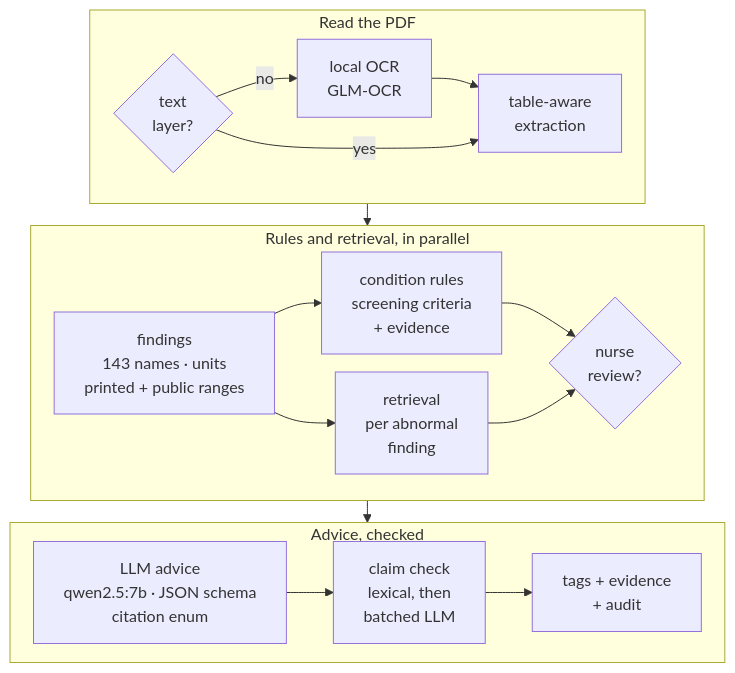
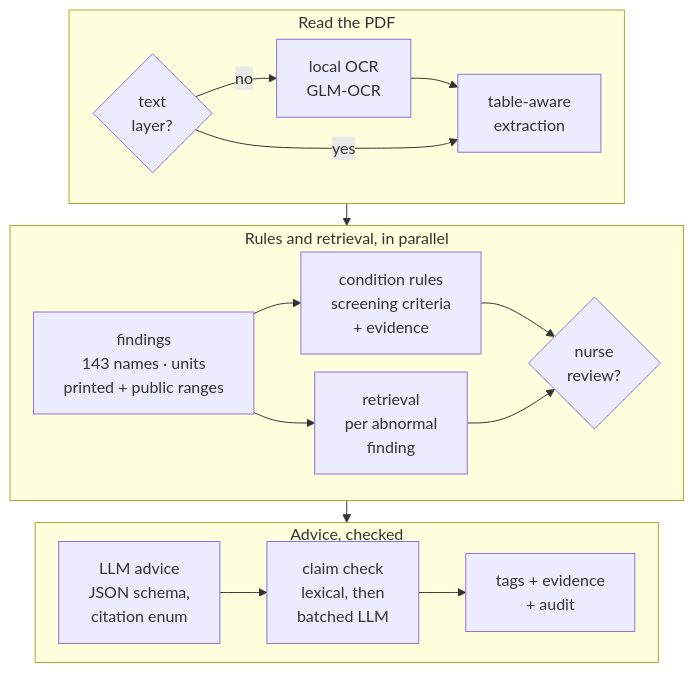
The second of 2 diagrams in README.md (Washyu0826/health-report-reader), drawn with Mermaid before and after one commit. The commit also changed other lines of this file and 1 other file, not shown here.

Commit message:
README: narrower LLM node so it clears the GitHub mermaid controls; note the models used

````diff
--- a/README.md
+++ b/README.md
@@ -117,19 +117,19 @@
 ```mermaid
 %%{init: {"flowchart": {"rankSpacing": 22, "nodeSpacing": 18}}}%%
 flowchart TB
     subgraph X ["Read the PDF"]
         direction LR
         B{text<br/>layer?} -- no --> O[local OCR<br/>GLM-OCR] --> C
         B -- yes --> C[table-aware<br/>extraction]
     end
     subgraph Y ["Rules and retrieval, in parallel"]
         direction LR
         D[findings<br/>143 names · units<br/>printed + public ranges] --> E[condition rules<br/>screening criteria<br/>+ evidence] & F[retrieval<br/>per abnormal<br/>finding]
         E & F --> R{nurse<br/>review?}
     end
     subgraph Z ["Advice, checked"]
         direction LR
-        G[LLM advice<br/>qwen2.5:7b · JSON schema<br/>citation enum] --> H[claim check<br/>lexical, then<br/>batched LLM] --> I[tags + evidence<br/>+ audit]
+        G[LLM advice<br/>JSON schema,<br/>citation enum] --> H[claim check<br/>lexical, then<br/>batched LLM] --> I[tags + evidence<br/>+ audit]
     end
     X --> Y --> Z
 ```
````
